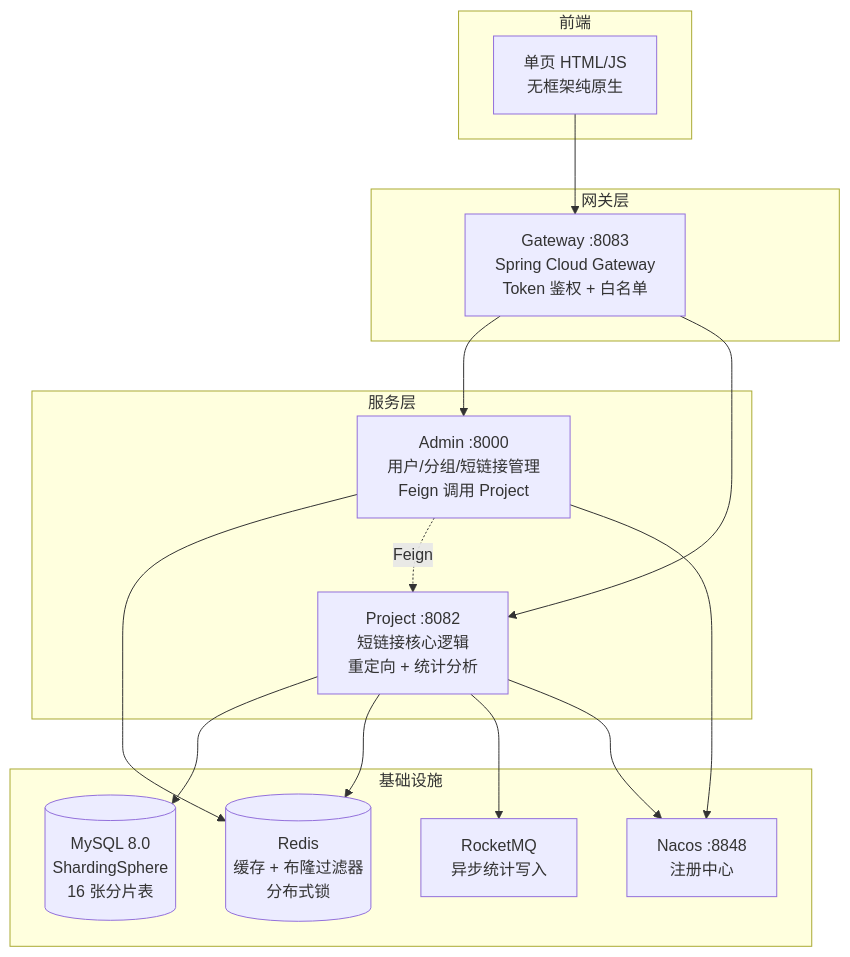
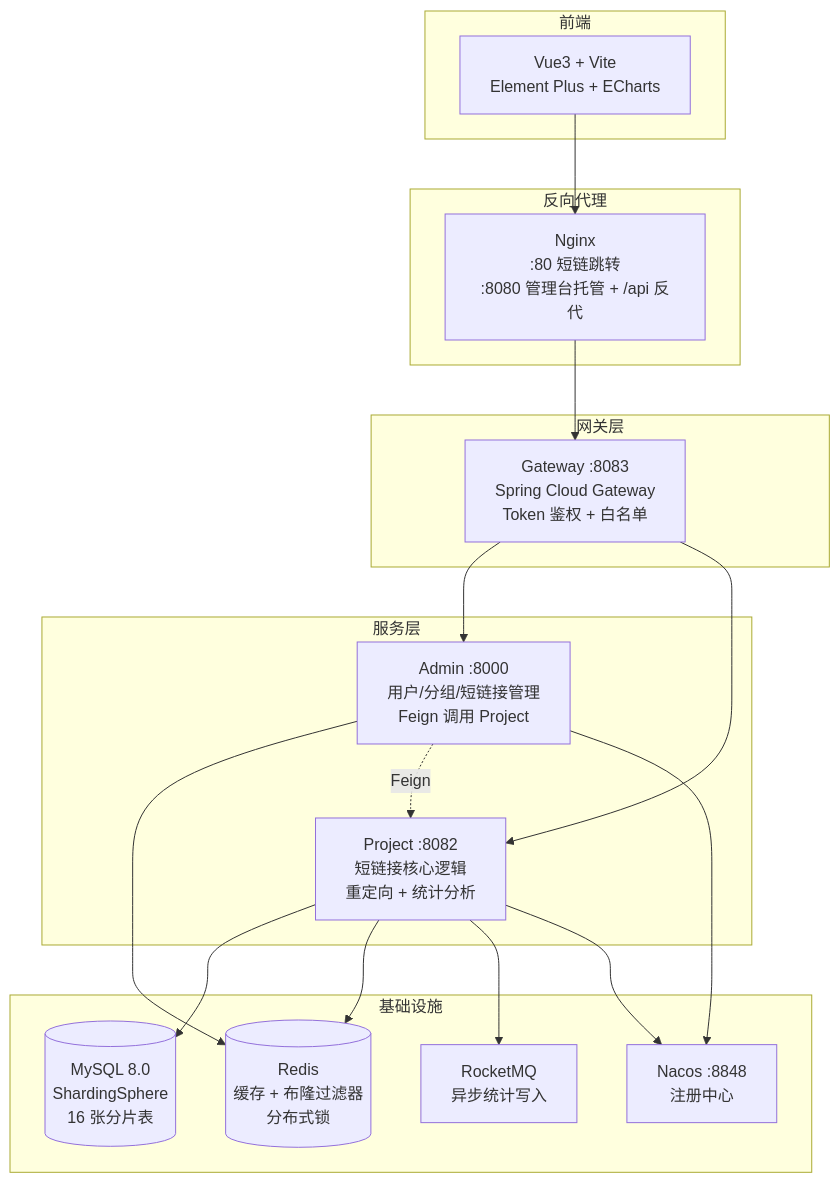
The diagram in README.md (fanfan151460/shortlink), drawn with Mermaid before and after one commit. The commit also changed other lines of this file and 4 other files, not shown here.

Commit message:
docs: 同步 README——前端 Vue3+Vite、部署形态补 Nginx、跳转 302、更新截图

````diff
--- a/README.md
+++ b/README.md
@@ -7,33 +7,38 @@
 ```mermaid
 graph TD
     subgraph 前端
-        A[单页 HTML/JS<br/>无框架纯原生]
+        A[Vue3 + Vite<br/>Element Plus + ECharts]
+    end
+
+    subgraph 反向代理
+        N[Nginx<br/>:80 短链跳转<br/>:8080 管理台托管 + /api 反代]
     end
 
     subgraph 网关层
         B[Gateway :8083<br/>Spring Cloud Gateway<br/>Token 鉴权 + 白名单]
     end
 
     subgraph 服务层
         C[Admin :8000<br/>用户/分组/短链接管理<br/>Feign 调用 Project]
         D[Project :8082<br/>短链接核心逻辑<br/>重定向 + 统计分析]
     end
 
     subgraph 基础设施
         E[(MySQL 8.0<br/>ShardingSphere<br/>16 张分片表)]
         F[(Redis<br/>缓存 + 布隆过滤器<br/>分布式锁)]
         G[Nacos :8848<br/>注册中心]
         H[RocketMQ<br/>异步统计写入]
     end
 
-    A --> B
+    A --> N
+    N --> B
     B --> C
     B --> D
     C --> F
     C -.->|Feign| D
     D --> E
     D --> F
     D --> H
     C --> G
     D --> G
 ```
````
